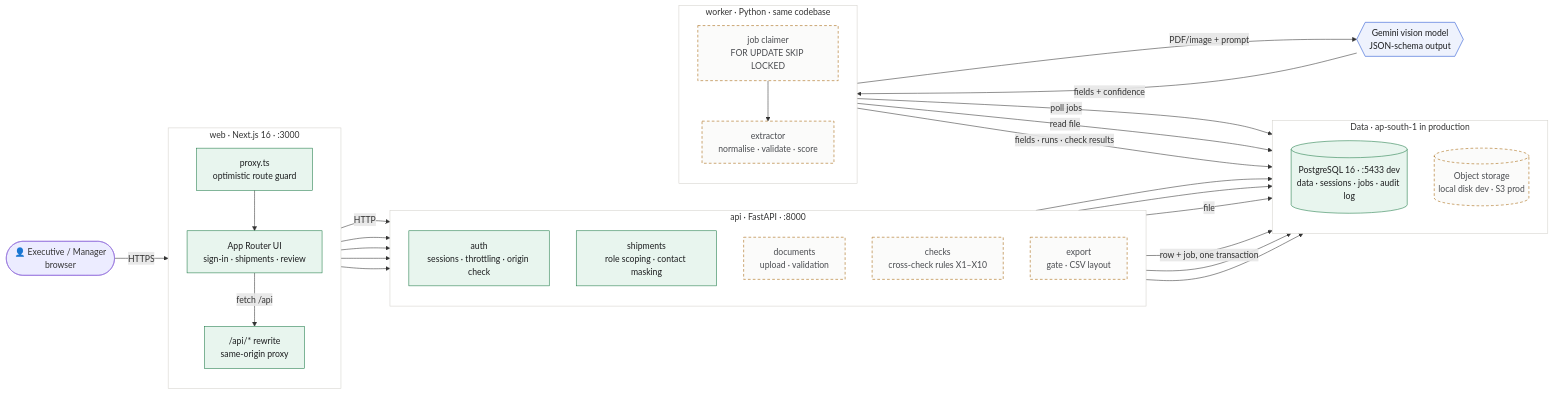
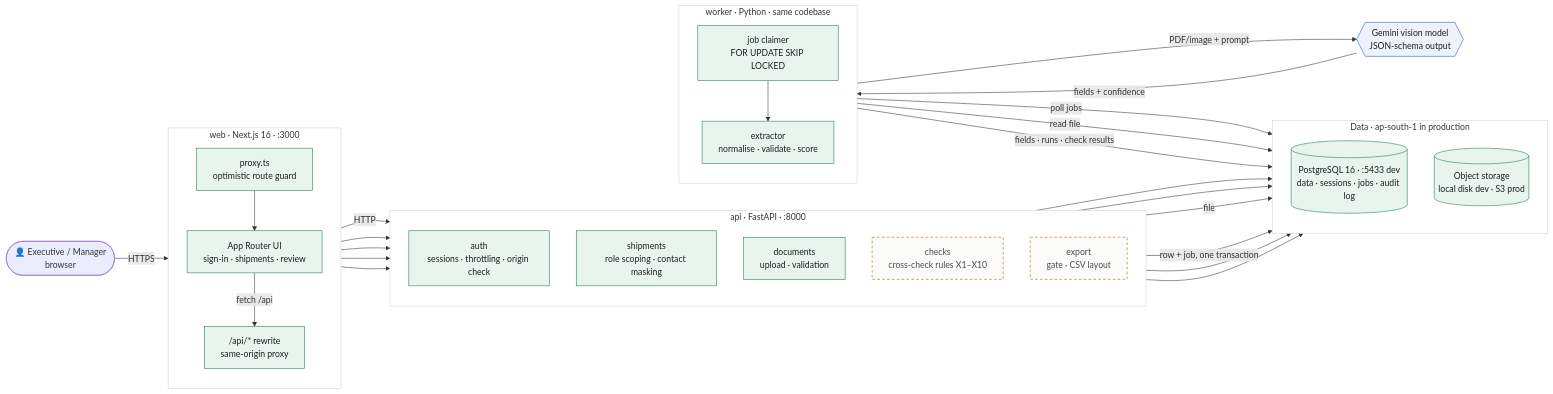
The first of 5 diagrams in README.md (priyanshu14077/veridoc), drawn with Mermaid before and after one commit. The commit also changed other lines of this file and 1 other file, not shown here.

````diff
--- a/README.md
+++ b/README.md
@@ -34,66 +36,66 @@
 ```mermaid
 flowchart LR
     user(["👤 Executive / Manager<br/>browser"])
 
     subgraph WEB["web · Next.js 16 · :3000"]
         direction TB
         proxy["proxy.ts<br/>optimistic route guard"]
         ui["App Router UI<br/>sign-in · shipments · review"]
         rewrite["/api/* rewrite<br/>same-origin proxy"]
     end
 
     subgraph API["api · FastAPI · :8000"]
         direction TB
         auth["auth<br/>sessions · throttling · origin check"]
         ships["shipments<br/>role scoping · contact masking"]
         docs["documents<br/>upload · validation"]
         checks["checks<br/>cross-check rules X1–X10"]
         export["export<br/>gate · CSV layout"]
     end
 
     subgraph WORKER["worker · Python · same codebase"]
         direction TB
         claim["job claimer<br/>FOR UPDATE SKIP LOCKED"]
         extract["extractor<br/>normalise · validate · score"]
     end
 
     subgraph DATA["Data · ap-south-1 in production"]
         direction TB
         pg[("PostgreSQL 16 · :5433 dev<br/>data · sessions · jobs · audit log")]
         store[("Object storage<br/>local disk dev · S3 prod")]
     end
 
     gemini{{"Gemini vision model<br/>JSON-schema output"}}
 
     user -->|HTTPS| proxy --> ui
     ui -->|fetch /api| rewrite -->|HTTP| auth
     rewrite --> ships
     rewrite --> docs
     rewrite --> checks
     rewrite --> export
 
     auth --> pg
     ships --> pg
     docs -->|file| store
     docs -->|row + job, one transaction| pg
     checks --> pg
     export --> pg
 
     claim -->|poll jobs| pg
     claim --> extract
     extract -->|read file| store
     extract -->|PDF/image + prompt| gemini
     gemini -->|fields + confidence| extract
     extract -->|fields · runs · check results| pg
 
     classDef built fill:#e8f5ee,stroke:#1d7a46,color:#1c1d1f
     classDef planned fill:#fbfbfa,stroke:#a35f00,stroke-dasharray:5 4,color:#4a4c50
     classDef ext fill:#eef2fd,stroke:#1f4fd1,color:#1c1d1f
-    class proxy,ui,rewrite,auth,ships,pg built
-    class docs,checks,export,claim,extract,store planned
+    class proxy,ui,rewrite,auth,ships,docs,claim,extract,pg,store built
+    class checks,export planned
     class gemini ext
     style WEB fill:#ffffff,stroke:#d3d1cb
     style API fill:#ffffff,stroke:#d3d1cb
     style WORKER fill:#ffffff,stroke:#d3d1cb
     style DATA fill:#ffffff,stroke:#d3d1cb
 ```
````
